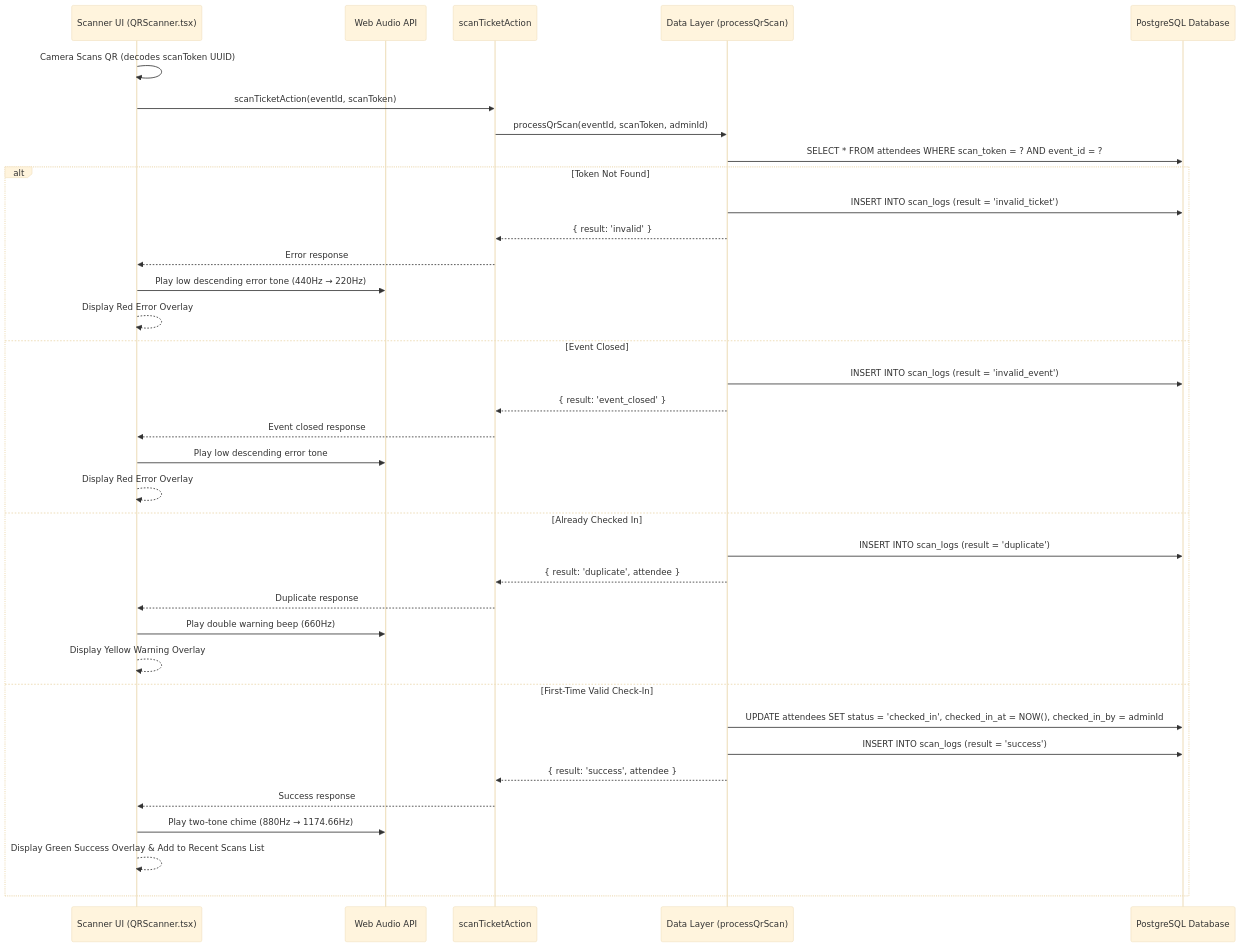
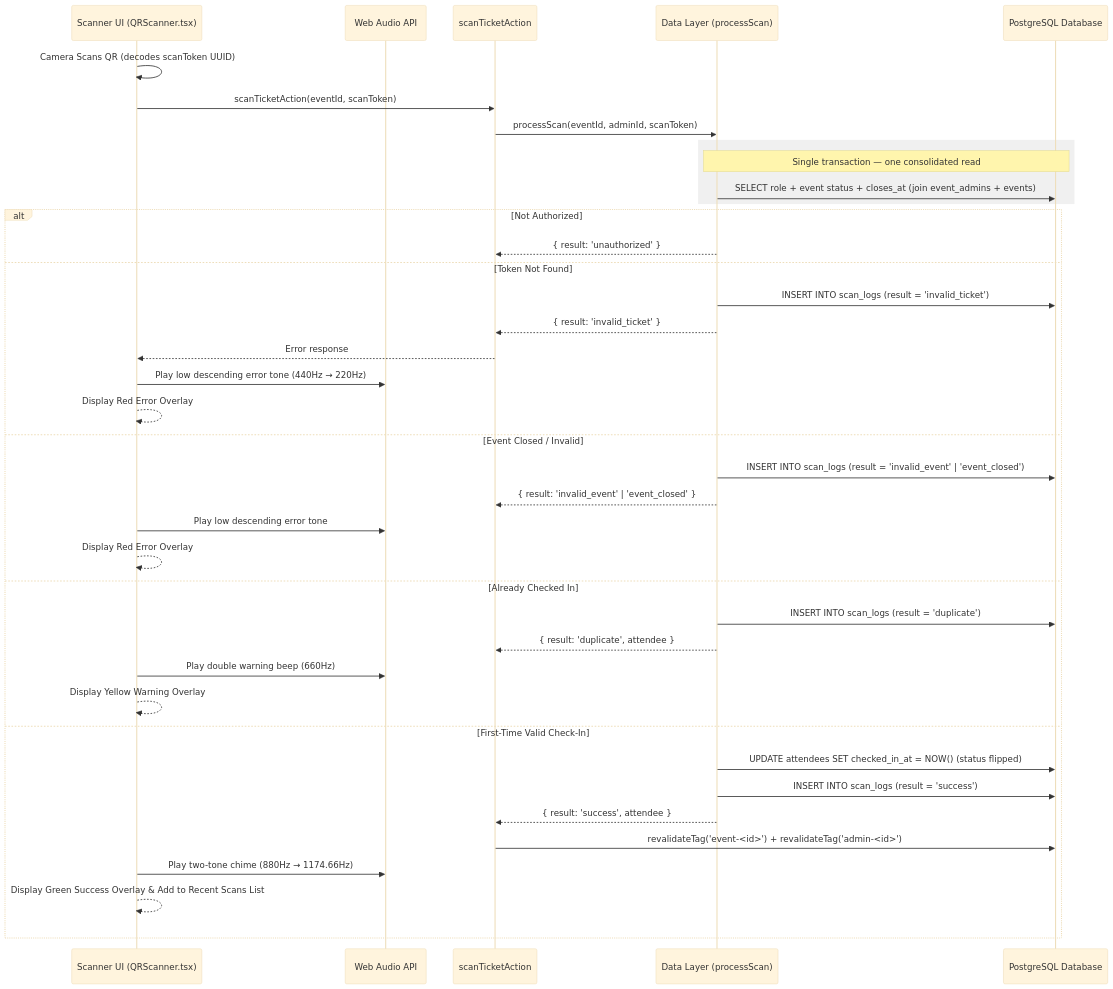
Before and after one commit to christian1202/FlowCheck: the second of 2 diagrams in docs/data-flows.md, drawn with Mermaid (base theme). The commit also changed other lines of this file and 38 other files, not shown here.

First line of the commit message:
feat: implement prefetching for event-related links and improve data caching

````diff
--- a/docs/data-flows.md
+++ b/docs/data-flows.md
@@ -60,41 +63,44 @@
 ```mermaid
 sequenceDiagram
     participant ScannerPWA as Scanner UI (QRScanner.tsx)
     participant WebAudio as Web Audio API
     participant Action as scanTicketAction
-    participant Data as Data Layer (processQrScan)
+    participant Data as Data Layer (processScan)
     participant DB as PostgreSQL Database
 
     ScannerPWA->>ScannerPWA: Camera Scans QR (decodes scanToken UUID)
     ScannerPWA->>Action: scanTicketAction(eventId, scanToken)
-    Action->>Data: processQrScan(eventId, scanToken, adminId)
+    Action->>Data: processScan(eventId, adminId, scanToken)
 
-    Data->>DB: SELECT * FROM attendees WHERE scan_token = ? AND event_id = ?
+    rect rgb(240, 240, 240)
+        Note over Data,DB: Single transaction — one consolidated read
+        Data->>DB: SELECT role + event status + closes_at (join event_admins + events)
+    end
 
-    alt Token Not Found
+    alt Not Authorized
+        Data-->>Action: { result: 'unauthorized' }
+    else Token Not Found
         Data->>DB: INSERT INTO scan_logs (result = 'invalid_ticket')
-        Data-->>Action: { result: 'invalid' }
+        Data-->>Action: { result: 'invalid_ticket' }
         Action-->>ScannerPWA: Error response
         ScannerPWA->>WebAudio: Play low descending error tone (440Hz → 220Hz)
         ScannerPWA-->>ScannerPWA: Display Red Error Overlay
-    else Event Closed
-        Data->>DB: INSERT INTO scan_logs (result = 'invalid_event')
-        Data-->>Action: { result: 'event_closed' }
-        Action-->>ScannerPWA: Event closed response
+    else Event Closed / Invalid
+        Data->>DB: INSERT INTO scan_logs (result = 'invalid_event' | 'event_closed')
+        Data-->>Action: { result: 'invalid_event' | 'event_closed' }
         ScannerPWA->>WebAudio: Play low descending error tone
         ScannerPWA-->>ScannerPWA: Display Red Error Overlay
     else Already Checked In
         Data->>DB: INSERT INTO scan_logs (result = 'duplicate')
         Data-->>Action: { result: 'duplicate', attendee }
-        Action-->>ScannerPWA: Duplicate response
         ScannerPWA->>WebAudio: Play double warning beep (660Hz)
         ScannerPWA-->>ScannerPWA: Display Yellow Warning Overlay
     else First-Time Valid Check-In
-        Data->>DB: UPDATE attendees SET status = 'checked_in', checked_in_at = NOW(), checked_in_by = adminId
+        Data->>DB: UPDATE attendees SET checked_in_at = NOW() (status flipped)
         Data->>DB: INSERT INTO scan_logs (result = 'success')
         Data-->>Action: { result: 'success', attendee }
-        Action-->>ScannerPWA: Success response
+        Action->>DB: revalidateTag('event-<id>') + revalidateTag('admin-<id>')
         ScannerPWA->>WebAudio: Play two-tone chime (880Hz → 1174.66Hz)
         ScannerPWA-->>ScannerPWA: Display Green Success Overlay & Add to Recent Scans List
     end
 ```
````
